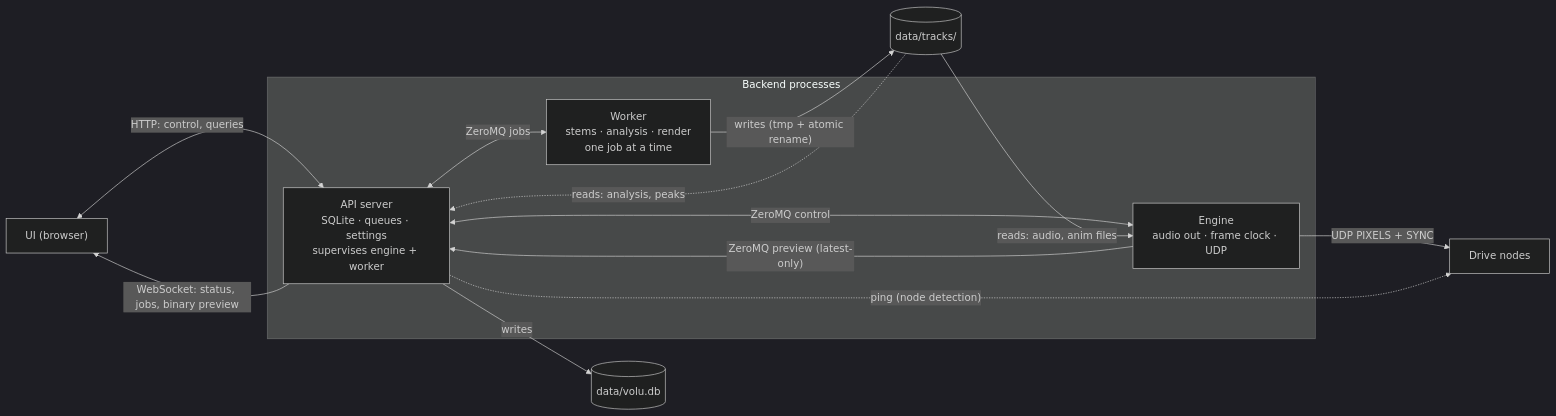
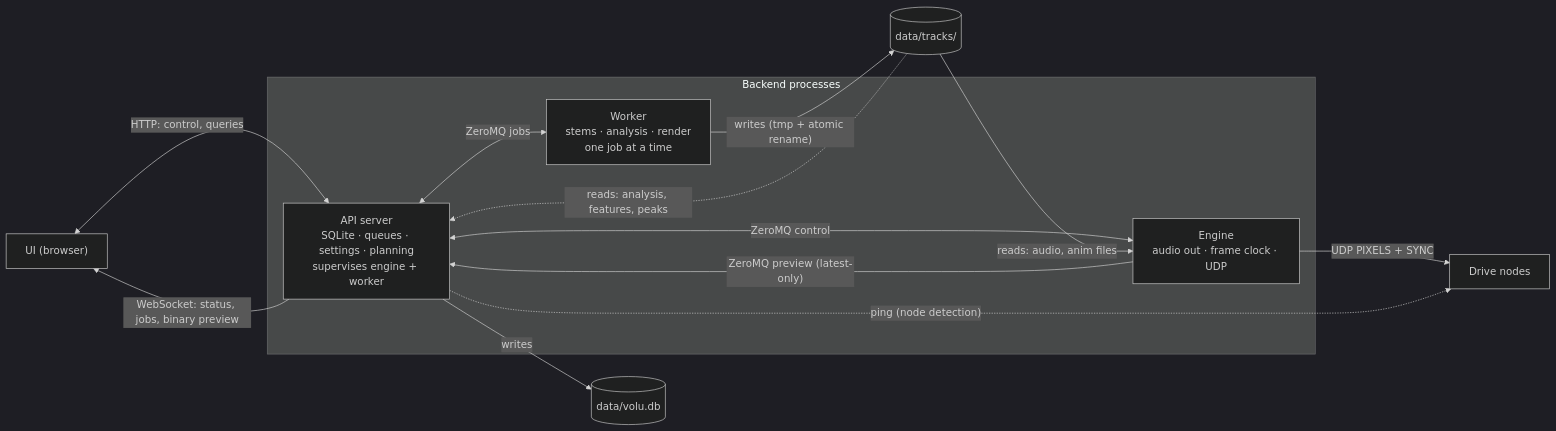
Before and after one commit to tylerclindsay/volu_disp: the first of 2 diagrams in docs/architecture.md, drawn with Mermaid (dark theme). The commit also changed other lines of this file and 11 other files, not shown here.

First line of the commit message:
Plan renders in the API server; make display FPS a 60/120/240 setting

````diff
--- a/docs/architecture.md
+++ b/docs/architecture.md
@@ -35,24 +35,24 @@
 ```mermaid
 flowchart LR
     UI["UI (browser)"]
     subgraph backend ["Backend processes"]
-        SRV["API server<br/>SQLite · queues · settings<br/>supervises engine + worker"]
+        SRV["API server<br/>SQLite · queues · settings · planning<br/>supervises engine + worker"]
         ENG["Engine<br/>audio out · frame clock · UDP"]
         WRK["Worker<br/>stems · analysis · render<br/>one job at a time"]
     end
     DB[("data/volu.db")]
     DATA[("data/tracks/")]
     NODES["Drive nodes"]
 
     UI <-->|"HTTP: control, queries"| SRV
     SRV -->|"WebSocket: status, jobs, binary preview"| UI
     SRV <-->|"ZeroMQ control"| ENG
     ENG -->|"ZeroMQ preview (latest-only)"| SRV
     SRV <-->|"ZeroMQ jobs"| WRK
     SRV -->|"writes"| DB
     WRK -->|"writes (tmp + atomic rename)"| DATA
     DATA -->|"reads: audio, anim files"| ENG
-    DATA -.->|"reads: analysis, peaks"| SRV
+    DATA -.->|"reads: analysis, features, peaks"| SRV
     ENG -->|"UDP PIXELS + SYNC"| NODES
     SRV -.->|"ping (node detection)"| NODES
 ```
````
